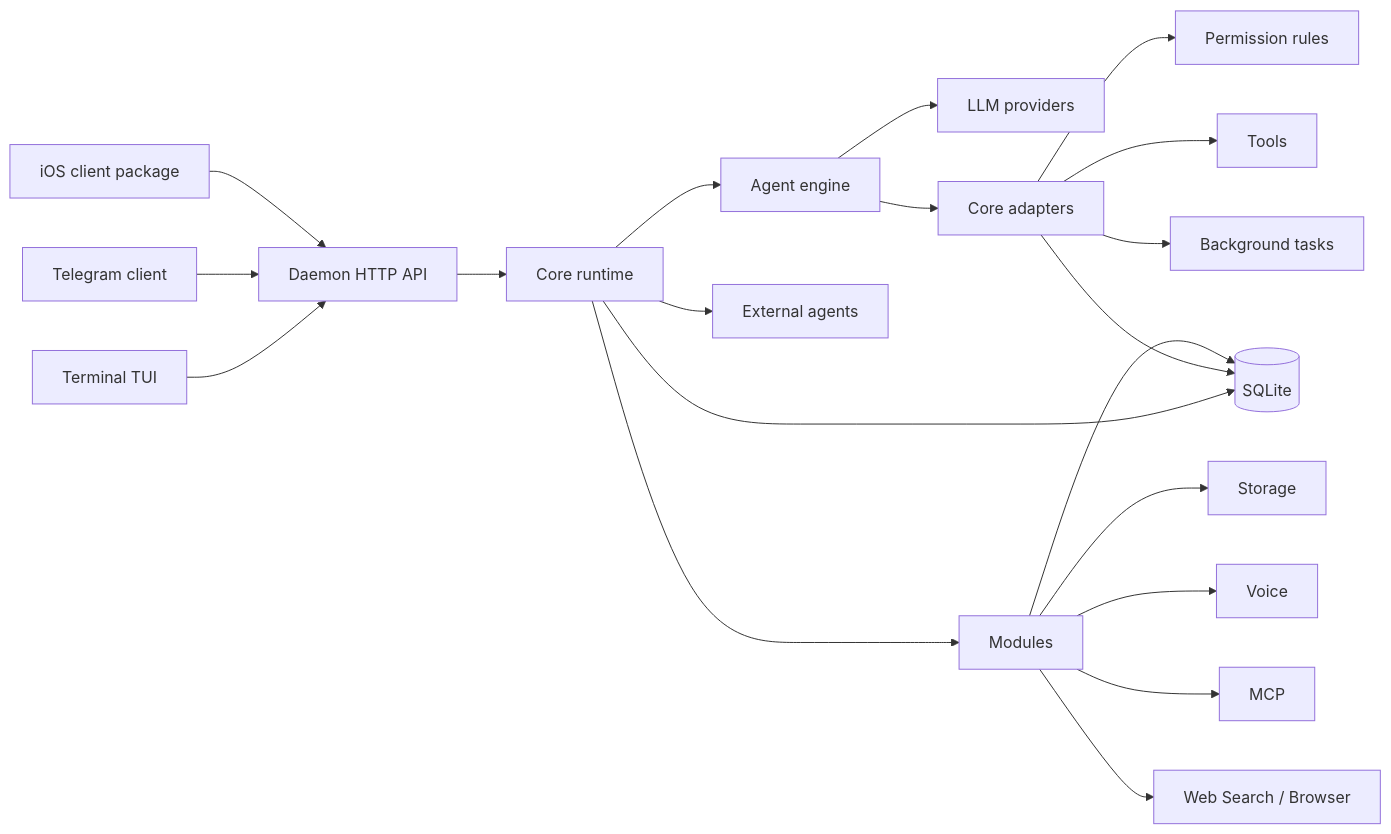
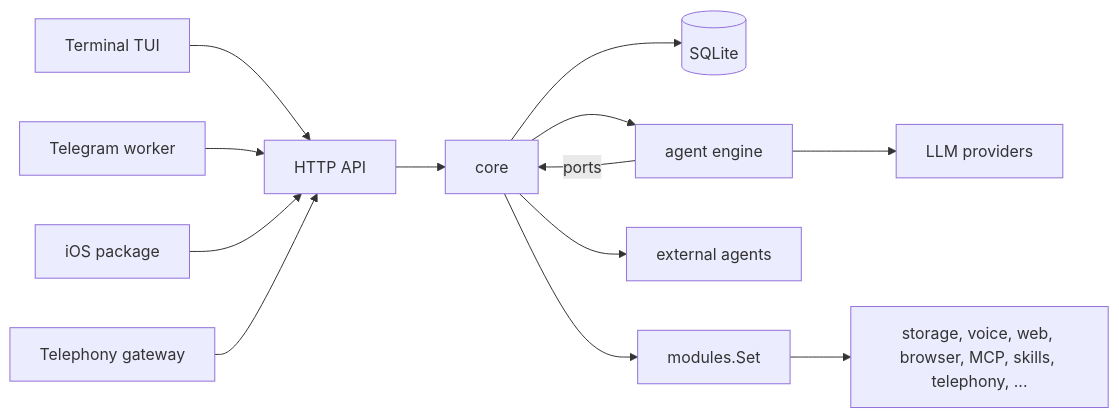
Before and after one commit to Suren878/matrixclaw: the diagram in docs/ARCHITECTURE.md, drawn with Mermaid. The commit also changed other lines of this file and 20 other files, not shown here.

````diff
--- a/docs/ARCHITECTURE.md
+++ b/docs/ARCHITECTURE.md
@@ -6,22 +8,15 @@
 ```mermaid
 flowchart LR
-    TUI[Terminal TUI] --> API[Daemon HTTP API]
-    TG[Telegram client] --> API
-    IOS[iOS client package] --> API
-    API --> CORE[Core runtime]
+    TUI[Terminal TUI] --> API[HTTP API]
+    TG[Telegram worker] --> API
+    IOS[iOS package] --> API
+    GW[Telephony gateway] --> API
+    API --> CORE[core]
     CORE --> STORE[(SQLite)]
-    CORE --> ENGINE[Agent engine]
-    CORE --> AGENTS[External agents]
+    CORE --> ENGINE[agent engine]
+    CORE --> EXT[external agents]
     ENGINE --> PROVIDERS[LLM providers]
-    ENGINE --> PORTS[Core adapters]
-    PORTS --> PERM[Permission rules]
-    PORTS --> TOOLS[Tools]
-    PORTS --> TASKS[Background tasks]
-    PORTS --> STORE
-    CORE --> MODULES[Modules]
-    MODULES --> STORAGE[Storage]
-    MODULES --> VOICE[Voice]
-    MODULES --> MCP[MCP]
-    MODULES --> WEB[Web Search / Browser]
-    MODULES --> STORE
+    ENGINE -- ports --> CORE
+    CORE --> SET[modules.Set]
+    SET --> MODS[storage, voice, web, browser, MCP, skills, telephony, ...]
 ```
````
